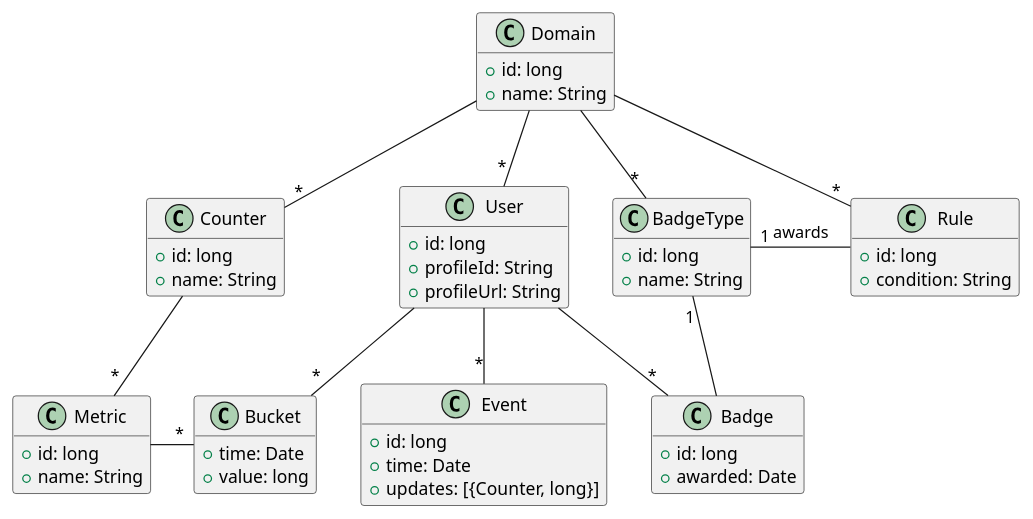
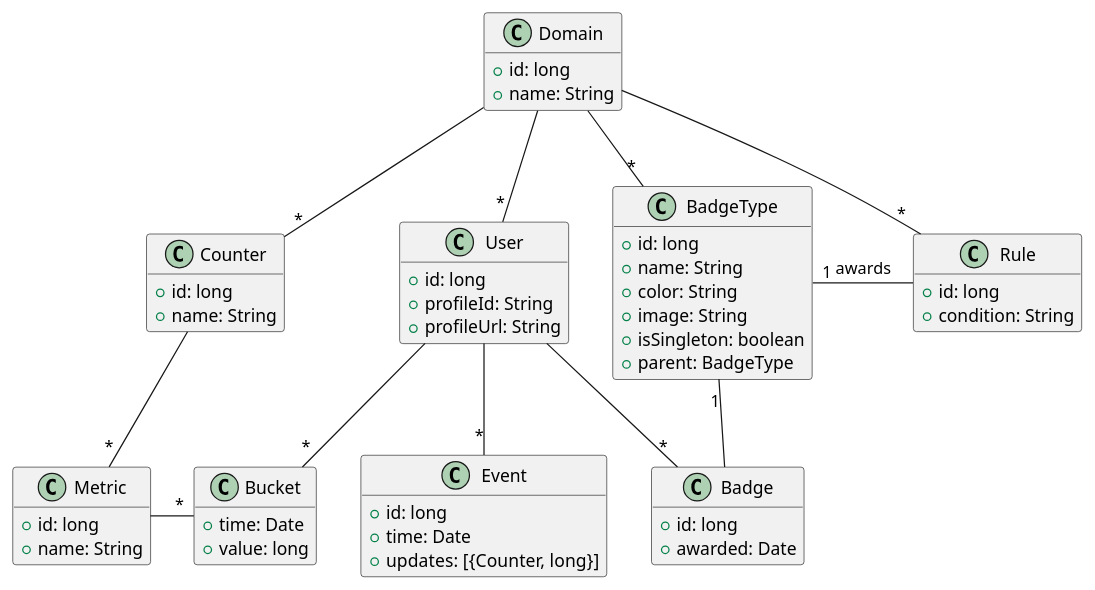
Before and after one commit to ltouroumov/amt-g4mify: the diagram in docs/models.puml, drawn with PlantUML. The commit also changed 8 other files, not shown here.

```diff
--- a/docs/models.puml
+++ b/docs/models.puml
@@ -1,69 +1,73 @@
 @startuml
 
 hide empty methods
 
 class Domain {
     + id: long
     + name: String
 }
 
 Domain -- "*" User
 Domain -- "*" Counter
 Domain -- "*" BadgeType
 Domain -- "*" Rule
 
 class User {
     + id: long
     + profileId: String
     + profileUrl: String
 }
 
 User -- "*" Bucket
 User -- "*" Event
 User -- "*" Badge
 
 class Counter {
     + id: long
     + name: String
 }
 
 Counter -- "*" Metric
 
 class Metric {
     + id: long
     + name: String
 }
 
 Metric - "*" Bucket
 
 class Bucket {
     + time: Date
     + value: long
 }
 
 class BadgeType {
     + id: long
     + name: String
+    + color: String
+    + image: String
+    + isSingleton: boolean
+    + parent: BadgeType
 }
 
 BadgeType "1" -- Badge
 
 class Badge {
     + id: long
     + awarded: Date
 }
 
 class Rule {
     + id: long
     + condition: String
 }
 
 BadgeType "1" - Rule : "awards"
 
 class Event {
     + id: long
     + time: Date
     + updates: [{Counter, long}]
 }
 
 @enduml
```
